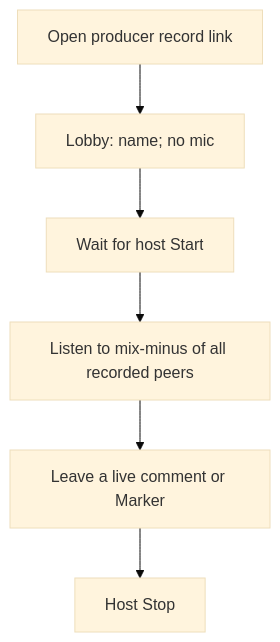
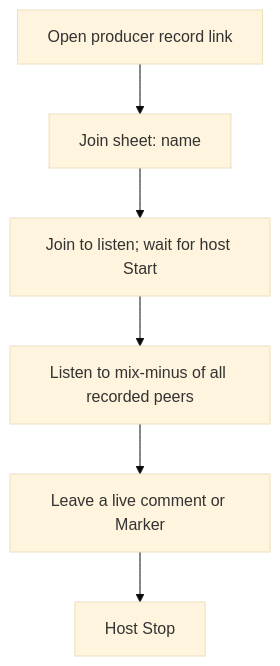
Before and after one commit to calebn/sharecut-studio: the sixth of 6 diagrams in ux/pages/guest-journeys.md, drawn with Mermaid (base theme). The commit also changed other lines of this file and 73 other files, not shown here.

````diff
--- a/ux/pages/guest-journeys.md
+++ b/ux/pages/guest-journeys.md
@@ -438,8 +444,8 @@
 ```mermaid
 flowchart TD
-  open[Open producer record link] --> lobby[Lobby: name; no mic]
-  lobby --> wait[Wait for host Start]
+  open[Open producer record link] --> sheet[Join sheet: name]
+  sheet --> wait[Join to listen; wait for host Start]
   wait --> rec[Listen to mix-minus of all recorded peers]
   rec --> note[Leave a live comment or Marker]
   note --> stop[Host Stop]
 ```
````
